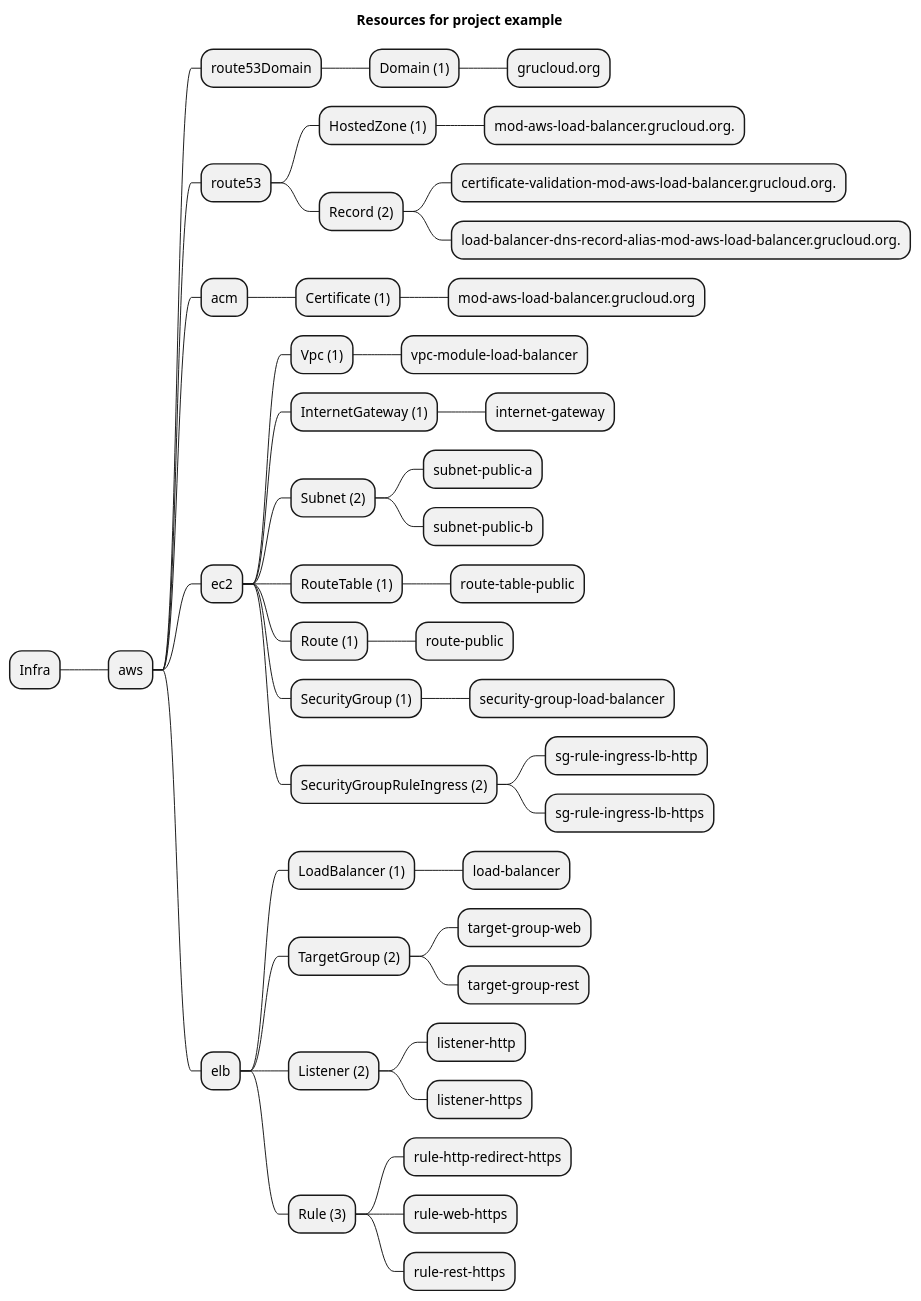
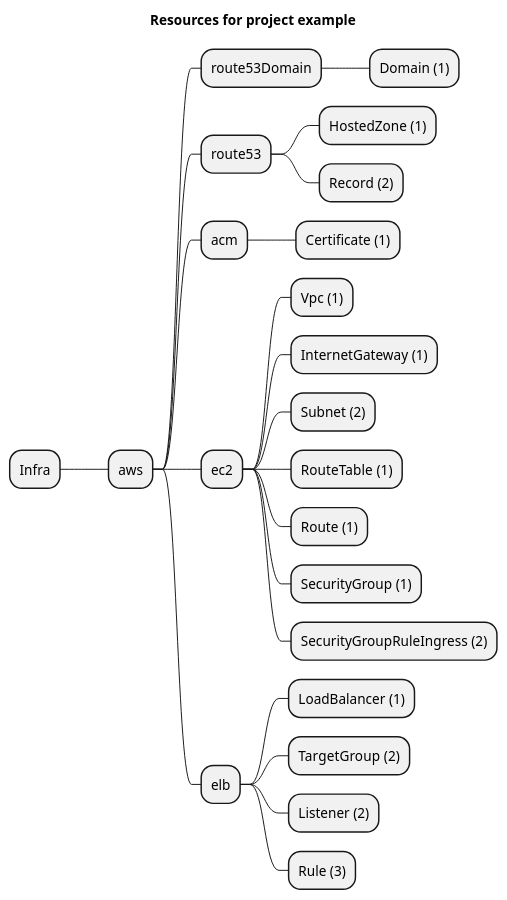
One commit to grucloud/grucloud changed the diagram in packages/modules/aws/load-balancer/example/artifacts/resources-mindmap.puml. Above: the diagram before and after it, drawn with PlantUML. The commit also changed 33 other files, not shown here.

```diff
--- a/packages/modules/aws/load-balancer/example/artifacts/resources-mindmap.puml
+++ b/packages/modules/aws/load-balancer/example/artifacts/resources-mindmap.puml
@@ -1,48 +1,26 @@
 @startmindmap
 title Resources for project example
 skinparam monochrome true
 + Infra
 ++ aws
 +++ route53Domain
 ++++ Domain (1)
-+++++ grucloud.org
 +++ route53
 ++++ HostedZone (1)
-+++++ mod-aws-load-balancer.grucloud.org.
 ++++ Record (2)
-+++++ certificate-validation-mod-aws-load-balancer.grucloud.org.
-+++++ load-balancer-dns-record-alias-mod-aws-load-balancer.grucloud.org.
 +++ acm
 ++++ Certificate (1)
-+++++ mod-aws-load-balancer.grucloud.org
 +++ ec2
 ++++ Vpc (1)
-+++++ vpc-module-load-balancer
 ++++ InternetGateway (1)
-+++++ internet-gateway
 ++++ Subnet (2)
-+++++ subnet-public-a
-+++++ subnet-public-b
 ++++ RouteTable (1)
-+++++ route-table-public
 ++++ Route (1)
-+++++ route-public
 ++++ SecurityGroup (1)
-+++++ security-group-load-balancer
 ++++ SecurityGroupRuleIngress (2)
-+++++ sg-rule-ingress-lb-http
-+++++ sg-rule-ingress-lb-https
 +++ elb
 ++++ LoadBalancer (1)
-+++++ load-balancer
 ++++ TargetGroup (2)
-+++++ target-group-web
-+++++ target-group-rest
 ++++ Listener (2)
-+++++ listener-http
-+++++ listener-https
 ++++ Rule (3)
-+++++ rule-http-redirect-https
-+++++ rule-web-https
-+++++ rule-rest-https
 @endmindmap
```
